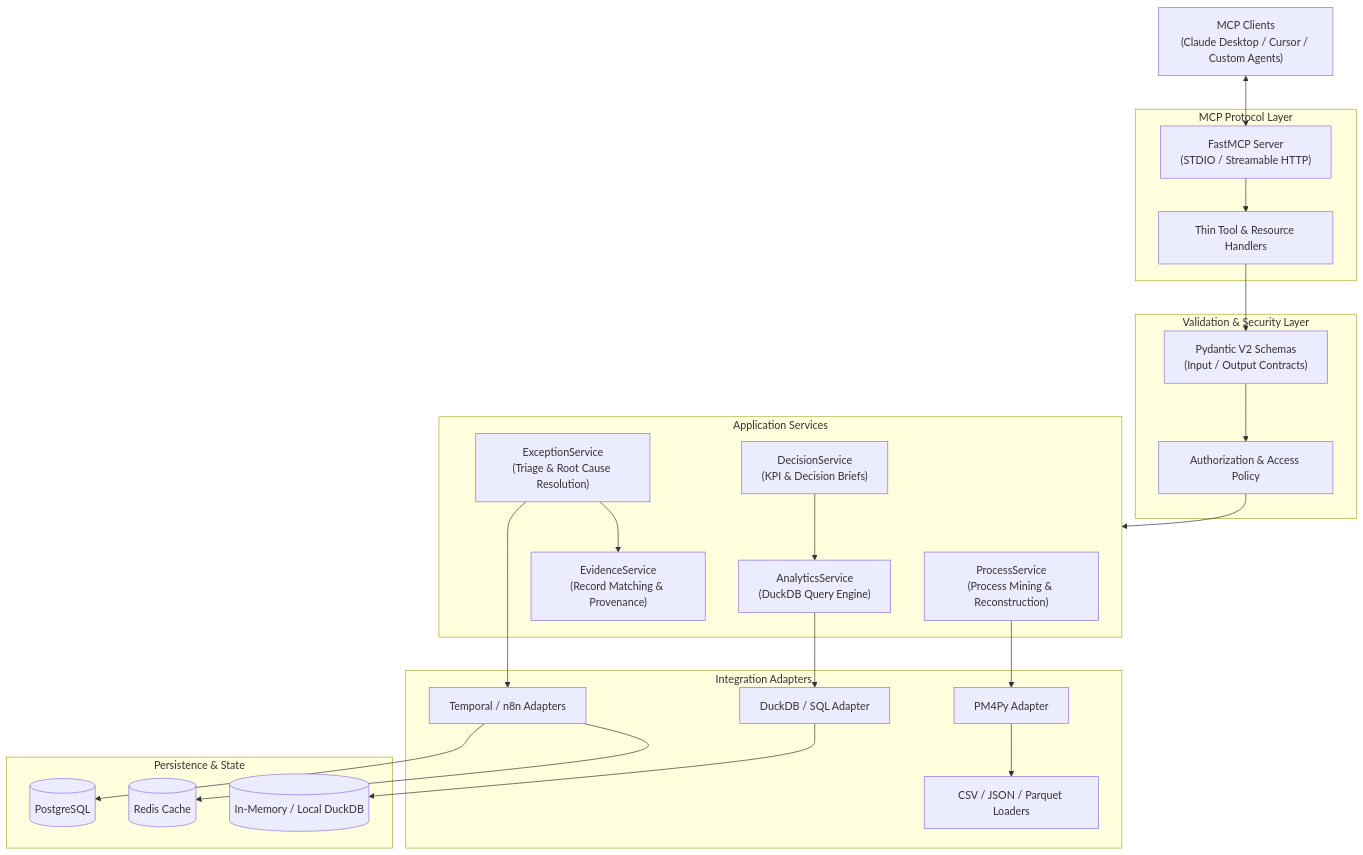
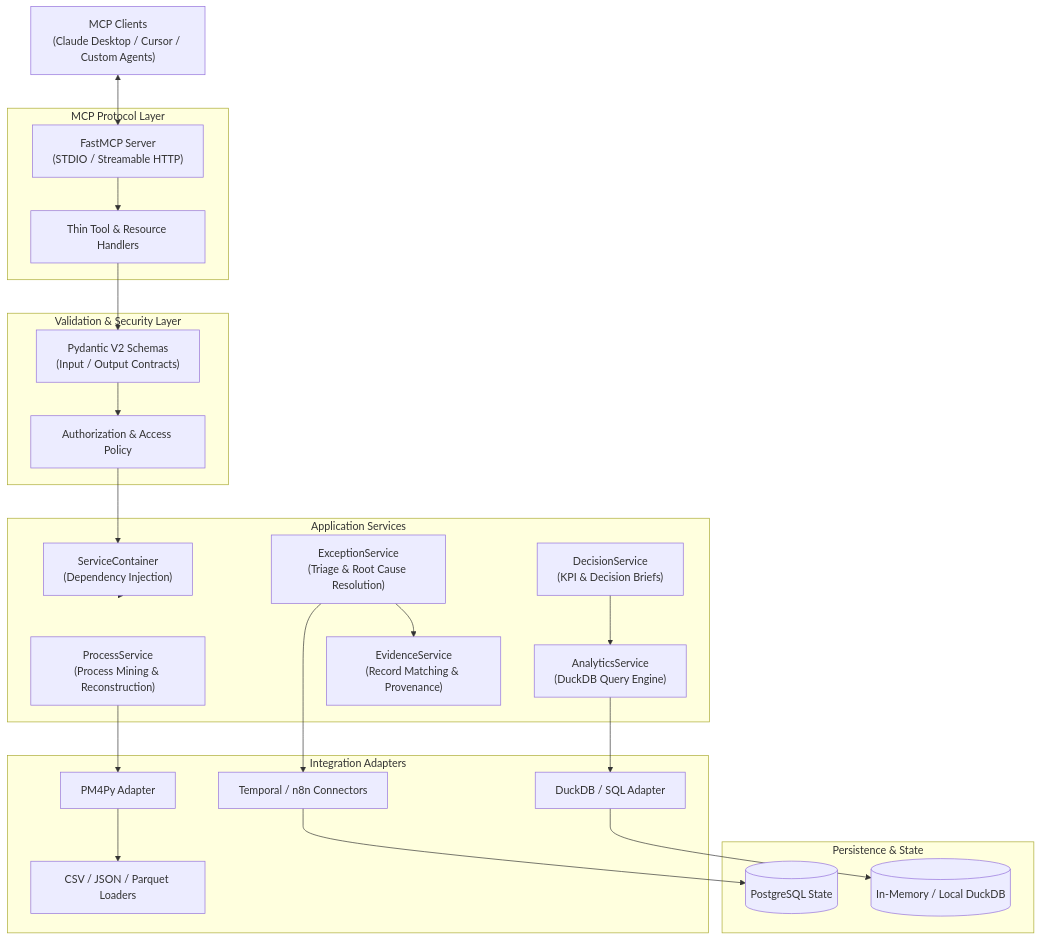
The diagram in README.md (coder-aadii/Workflow-Intelligence-MCP), drawn with Mermaid before and after one commit. The commit also changed other lines of this file and 24 other files, not shown here.

````diff
--- a/README.md
+++ b/README.md
@@ -56,50 +56,50 @@
 ```mermaid
 flowchart TD
     Client["MCP Clients\n(Claude Desktop / Cursor / Custom Agents)"]
     
     subgraph MCP_Protocol ["MCP Protocol Layer"]
         Transport["FastMCP Server\n(STDIO / Streamable HTTP)"]
         Handlers["Thin Tool & Resource Handlers"]
     end
     
     subgraph Validation ["Validation & Security Layer"]
         Pydantic["Pydantic V2 Schemas\n(Input / Output Contracts)"]
         AuthZ["Authorization & Access Policy"]
     end
     
     subgraph Services ["Application Services"]
+        Dependencies["ServiceContainer\n(Dependency Injection)"]
         PS["ProcessService\n(Process Mining & Reconstruction)"]
         ES["ExceptionService\n(Triage & Root Cause Resolution)"]
         DS["DecisionService\n(KPI & Decision Briefs)"]
         AS["AnalyticsService\n(DuckDB Query Engine)"]
         EVS["EvidenceService\n(Record Matching & Provenance)"]
     end
     
     subgraph Adapters ["Integration Adapters"]
         PMAdapter["PM4Py Adapter"]
         DuckAdapter["DuckDB / SQL Adapter"]
-        WorkflowAdapter["Temporal / n8n Adapters"]
+        WorkflowAdapter["Temporal / n8n Connectors"]
         FileAdapter["CSV / JSON / Parquet Loaders"]
     end
     
     subgraph Storage ["Persistence & State"]
-        PG[(PostgreSQL)]
+        PG[(PostgreSQL State)]
         Duck[(In-Memory / Local DuckDB)]
-        Redis[(Redis Cache)]
     end
 
     Client <--> Transport
     Transport --> Handlers
     Handlers --> Pydantic
     Pydantic --> AuthZ
-    AuthZ --> Services
+    AuthZ --> Dependencies
+    Dependencies --> Services
     PS --> PMAdapter
     ES --> WorkflowAdapter
     ES --> EVS
     DS --> AS
     AS --> DuckAdapter
     DuckAdapter --> Duck
     WorkflowAdapter --> PG
-    WorkflowAdapter --> Redis
     PMAdapter --> FileAdapter
 ```
````
